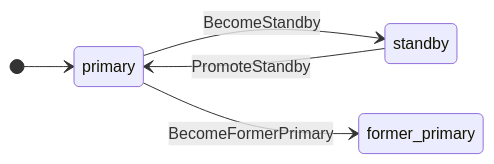
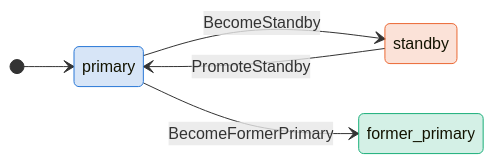
The first of 2 diagrams in zig/specs/tla/diagrams/storage/ha/AntflyHAGateTransitions.md (antflydb/antfly), drawn with Mermaid before and after one commit. The commit also changed 27 other files, not shown here.

````diff
--- a/zig/specs/tla/diagrams/storage/ha/AntflyHAGateTransitions.md
+++ b/zig/specs/tla/diagrams/storage/ha/AntflyHAGateTransitions.md
@@ -13,8 +13,14 @@
 ```mermaid
 stateDiagram-v2
     direction LR
     [*] --> primary
     primary --> standby : BecomeStandby
     primary --> former_primary : BecomeFormerPrimary
     standby --> primary : PromoteStandby
+    classDef c_primary fill:#2a78d630,stroke:#2a78d6
+    class primary c_primary
+    classDef c_standby fill:#eb683430,stroke:#eb6834
+    class standby c_standby
+    classDef c_former_primary fill:#1baf7a30,stroke:#1baf7a
+    class former_primary c_former_primary
 ```
````
